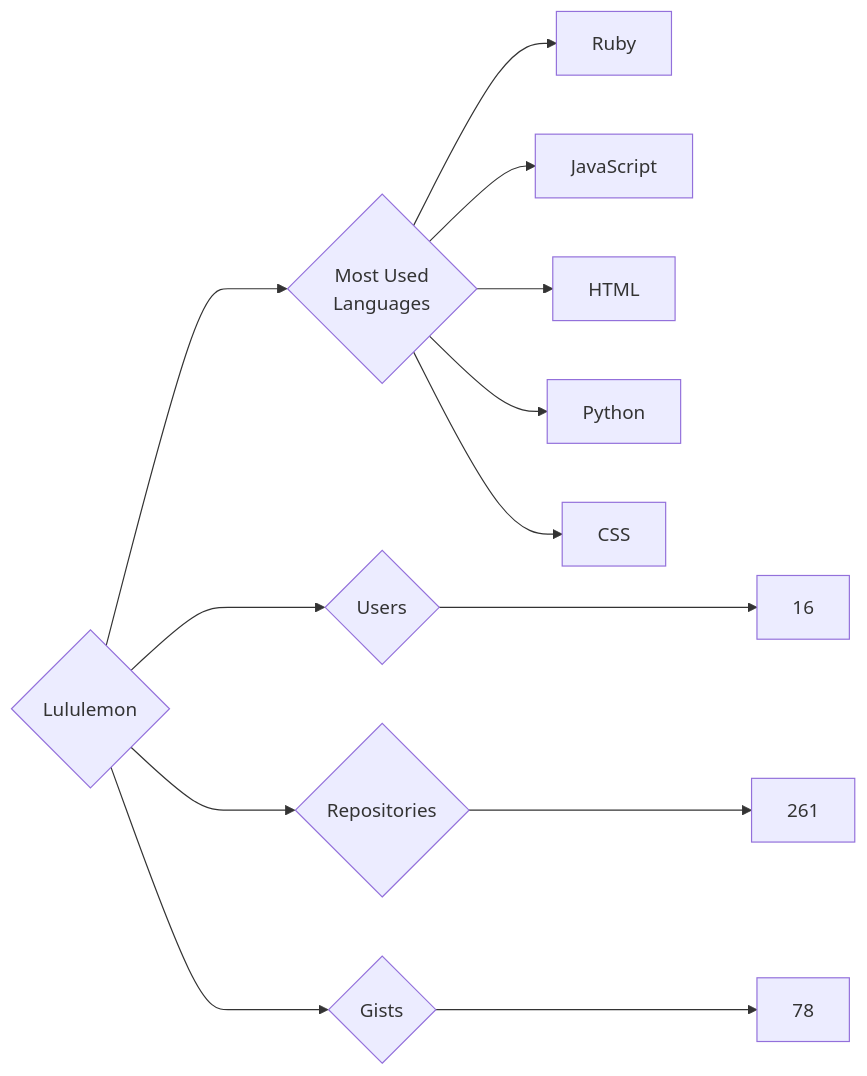
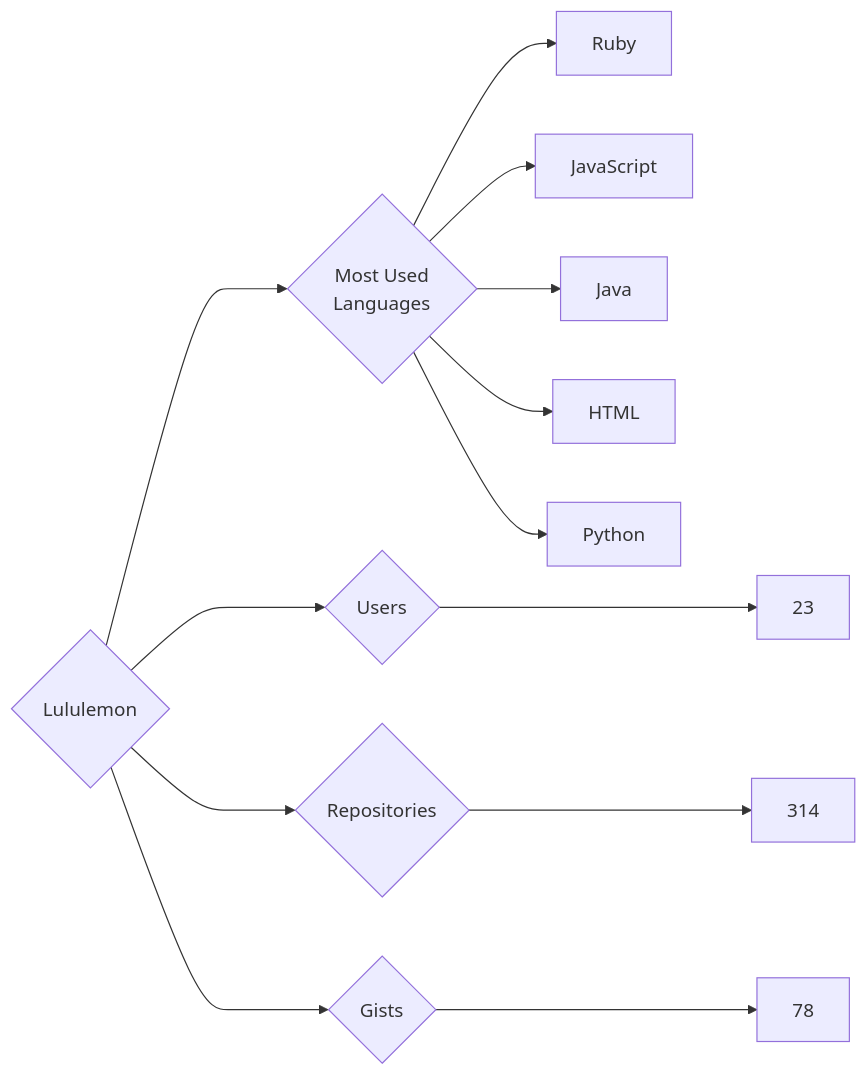
The diagram in targets/Lululemon/README.md (trickest/insiders), drawn with Mermaid before and after one commit. The commit also changed 888 other files, not shown here.

````diff
--- a/targets/Lululemon/README.md
+++ b/targets/Lululemon/README.md
@@ -3,13 +3,13 @@
 ```mermaid
 graph LR
 COMPANY_NAME{Lululemon}
-COMPANY_NAME ---> U{Users} ---> UN[16]
-COMPANY_NAME ---> R{Repositories} ---> RN[261]
+COMPANY_NAME ---> U{Users} ---> UN[23]
+COMPANY_NAME ---> R{Repositories} ---> RN[314]
 COMPANY_NAME ---> G{Gists} ---> GN[78]
 COMPANY_NAME ---> ML{Most Used<br>Languages}
 ML --> Ruby[Ruby]
 ML --> JavaScript[JavaScript]
+ML --> Java[Java]
 ML --> HTML[HTML]
 ML --> Python[Python]
-ML --> CSS[CSS]
 ```
````
